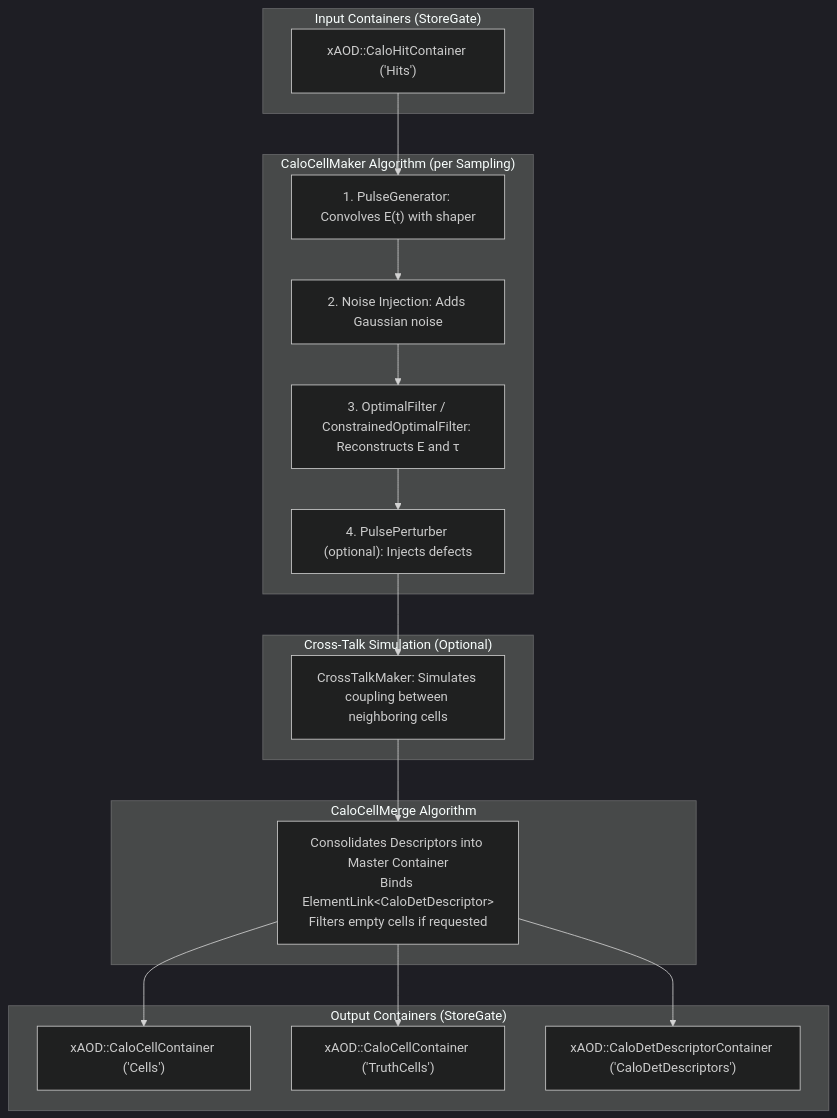
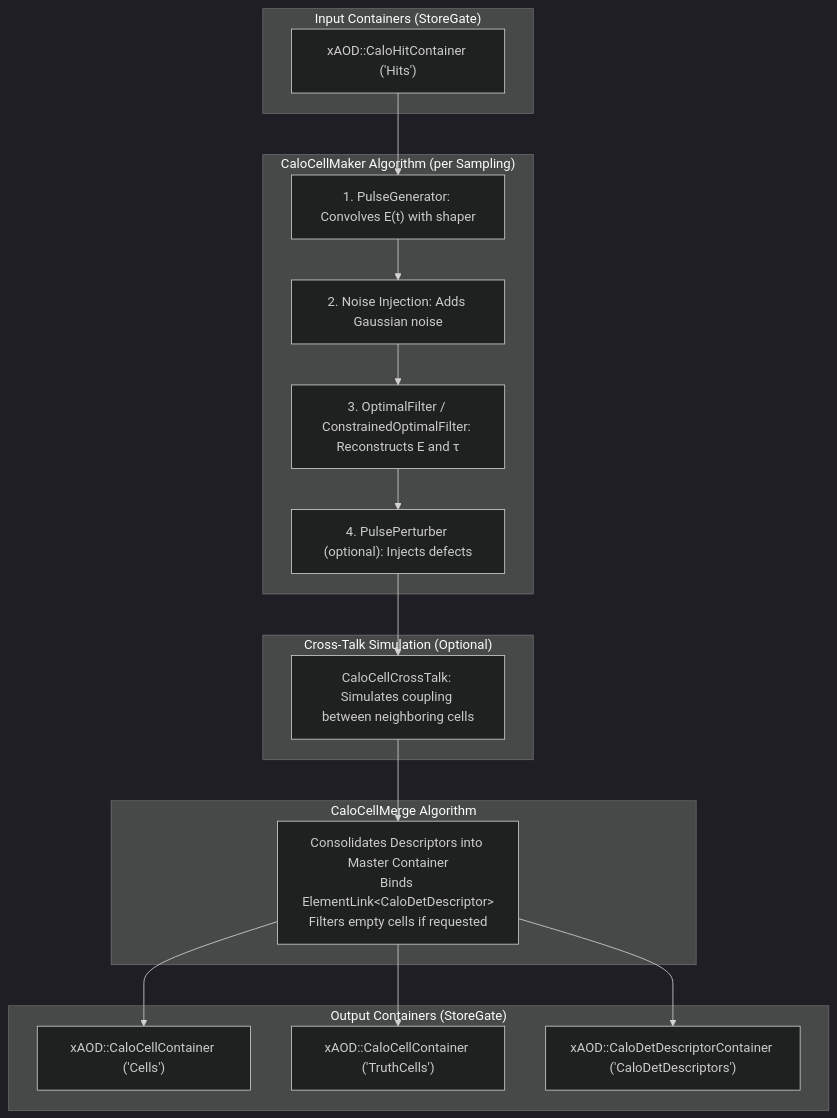
Before and after one commit to lorenzetti-ufrj-br/lorenzetti: the first of 2 diagrams in reconstruction/calorimeter/CaloCellBuilder/README.md, drawn with Mermaid (dark theme). The commit also changed other lines of this file and 35 other files, not shown here.

````diff
--- a/reconstruction/calorimeter/CaloCellBuilder/README.md
+++ b/reconstruction/calorimeter/CaloCellBuilder/README.md
@@ -13,35 +13,35 @@
 ```mermaid
 graph TD
     subgraph Inputs ["Input Containers (StoreGate)"]
         Hits["xAOD::CaloHitContainer ('Hits')"]
     end
 
     subgraph SamplingDigitization ["CaloCellMaker Algorithm (per Sampling)"]
         Pulse["1. PulseGenerator: Convolves E(t) with shaper"]
         Noise["2. Noise Injection: Adds Gaussian noise"]
         OF["3. OptimalFilter / ConstrainedOptimalFilter: Reconstructs E and &tau;"]
         Defects["4. PulsePerturber (optional): Injects defects"]
         Pulse --> Noise --> OF --> Defects
     end
 
     subgraph CrossTalkStage ["Cross-Talk Simulation (Optional)"]
-        CrossTalk["CrossTalkMaker: Simulates coupling between neighboring cells"]
+        CrossTalk["CaloCellCrossTalk: Simulates coupling between neighboring cells"]
     end
 
     subgraph MergingPipeline ["CaloCellMerge Algorithm"]
         Merge["Consolidates Descriptors into Master Container<br/>Binds ElementLink&lt;CaloDetDescriptor&gt;<br/>Filters empty cells if requested"]
     end
 
     subgraph Output ["Output Containers (StoreGate)"]
         Cells["xAOD::CaloCellContainer ('Cells')"]
         TruthCells["xAOD::CaloCellContainer ('TruthCells')"]
         Descriptors["xAOD::CaloDetDescriptorContainer ('CaloDetDescriptors')"]
     end
 
     Hits --> Pulse
     Defects --> CrossTalk
     CrossTalk --> Merge
     Merge --> Cells
     Merge --> TruthCells
     Merge --> Descriptors
 ```
````
